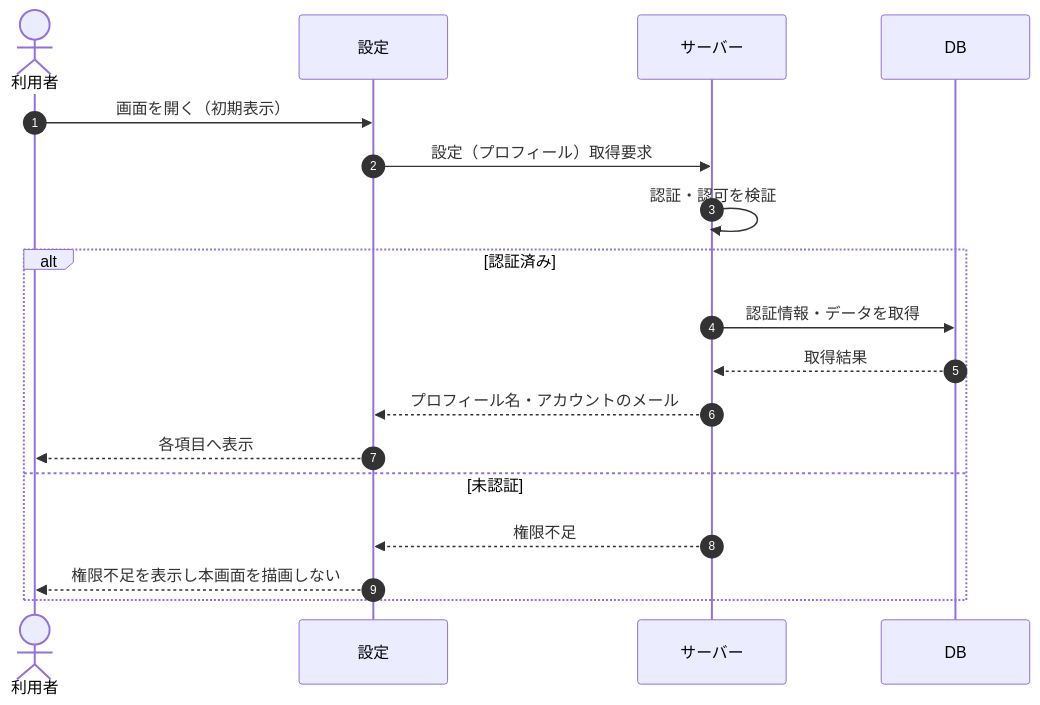
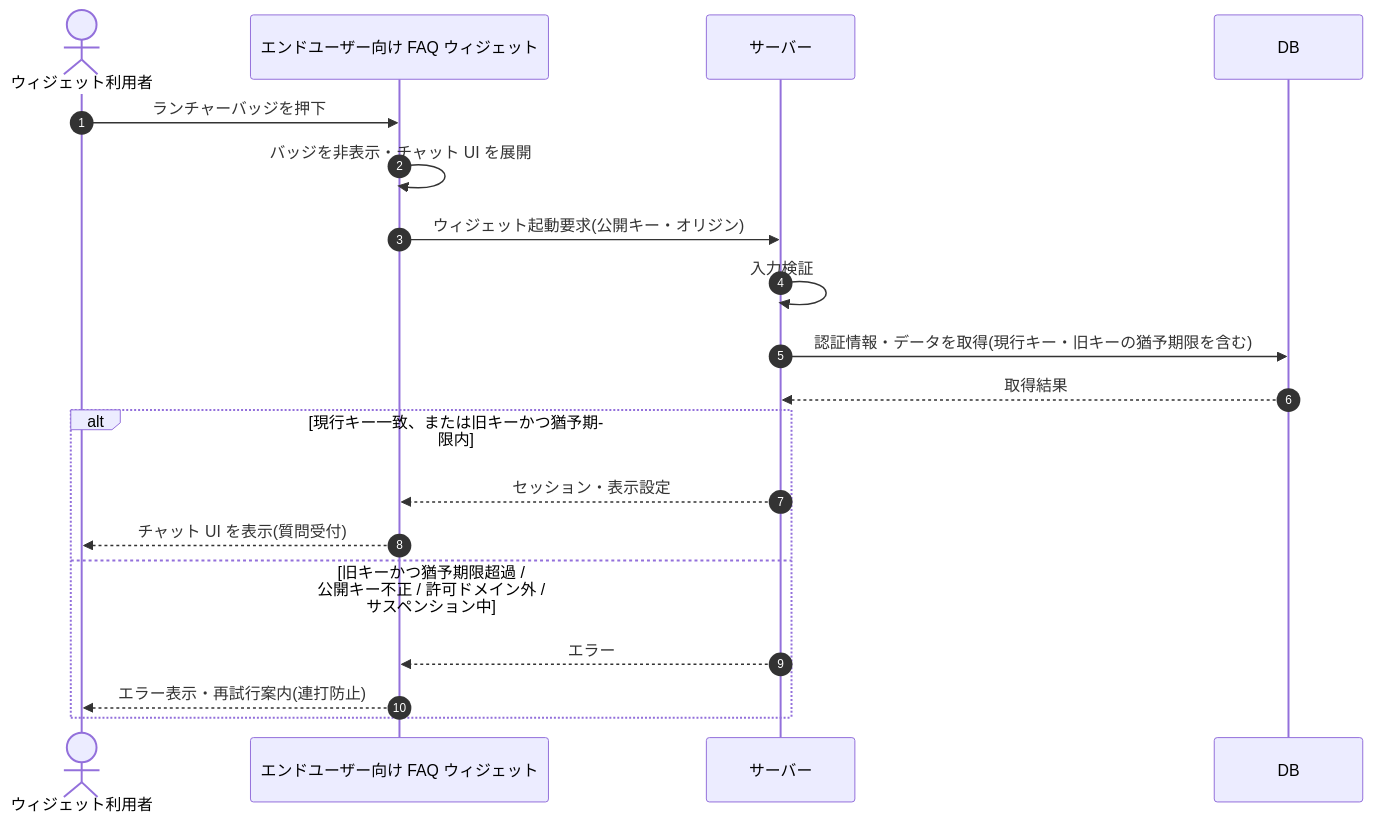
Before and after one commit to sikakou54/open-faq: the diagram in 02_basic_design/03_sequences/SEQ-085.md, drawn with Mermaid. The commit also changed other lines of this file and 395 other files, not shown here.

````diff
--- a/02_basic_design/03_sequences/SEQ-085.md
+++ b/02_basic_design/03_sequences/SEQ-085.md
@@ -25,20 +25,21 @@
 ```mermaid
 sequenceDiagram
   autonumber
-  actor U as 利用者
-  participant Screen as 設定
+  actor U as ウィジェット利用者
+  participant Screen as エンドユーザー向け FAQ ウィジェット
   participant Server as サーバー
   participant DB as DB
-  U->>Screen: 画面を開く（初期表示）
-  Screen->>Server: 設定（プロフィール）取得要求
-  Server->>Server: 認証・認可を検証
-  alt 認証済み
-    Server->>DB: 認証情報・データを取得
-    DB-->>Server: 取得結果
-    Server-->>Screen: プロフィール名・アカウントのメール
-    Screen-->>U: 各項目へ表示
-  else 未認証
-    Server-->>Screen: 権限不足
-    Screen-->>U: 権限不足を表示し本画面を描画しない
+  U->>Screen: ランチャーバッジを押下
+  Screen->>Screen: バッジを非表示・チャット UI を展開
+  Screen->>Server: ウィジェット起動要求(公開キー・オリジン)
+  Server->>Server: 入力検証
+  Server->>DB: 認証情報・データを取得(現行キー・旧キーの猶予期限を含む)
+  DB-->>Server: 取得結果
+  alt 現行キー一致、または旧キーかつ猶予期限内
+    Server-->>Screen: セッション・表示設定
+    Screen-->>U: チャット UI を表示(質問受付)
+  else 旧キーかつ猶予期限超過 / 公開キー不正 / 許可ドメイン外 / サスペンション中
+    Server-->>Screen: エラー
+    Screen-->>U: エラー表示・再試行案内(連打防止)
   end
 ```
````
